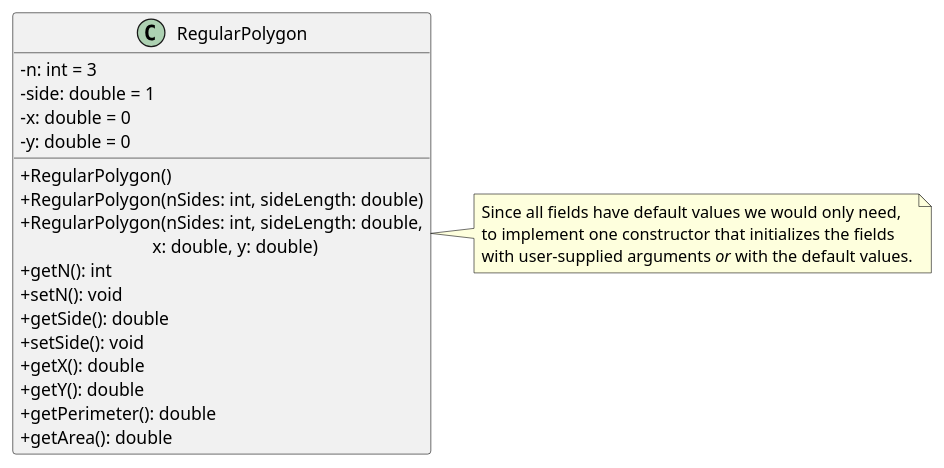
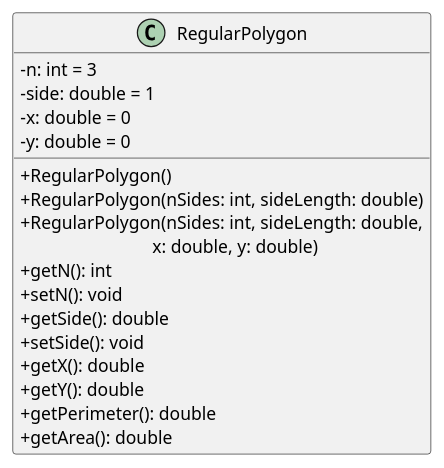
The diagram in M01/P04_RegularPolygonUML/RegularPolygon.puml (codeninja2000/SDEV-200), drawn with PlantUML before and after one commit. The commit also changed 3 other files, not shown here.

Commit message:
Finished RegularPolygon

```diff
--- a/M01/P04_RegularPolygonUML/RegularPolygon.puml
+++ b/M01/P04_RegularPolygonUML/RegularPolygon.puml
@@ -1,28 +1,24 @@
 @startuml
 ' Disable shape representation of modifiers
 
 skinparam classAttributeIconSize 0
 
 class RegularPolygon {
 - n: int = 3
 - side: double = 1
 - x: double = 0
 - y: double = 0
 + RegularPolygon()
 + RegularPolygon(nSides: int, sideLength: double)
 + RegularPolygon(nSides: int, sideLength: double,\n\t\t\t     x: double, y: double)
 + getN(): int
 + setN(): void
 + getSide(): double
 + setSide(): void
 + getX(): double
 + getY(): double
 + getPerimeter(): double
 + getArea(): double
 }
-note right of RegularPolygon
-Since all fields have default values we would only need,
-to implement one constructor that initializes the fields
-with user-supplied arguments <i>or</i> with the default values.
-end note
+
 @enduml
```
